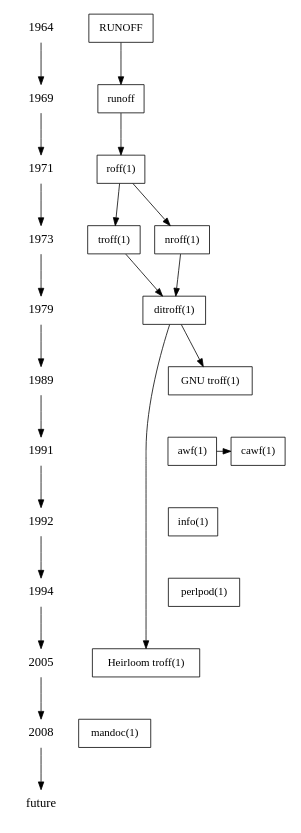
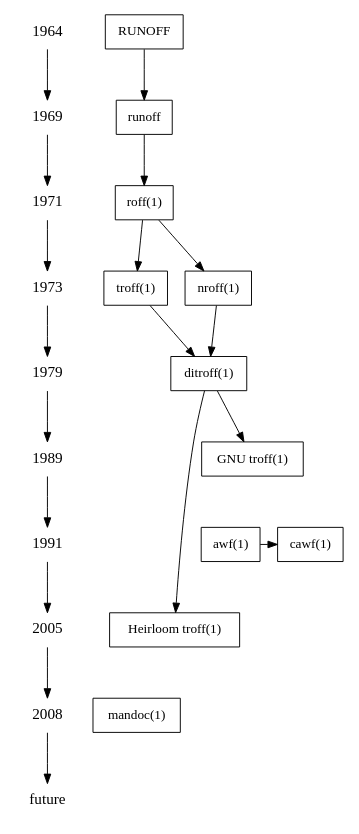
The diagram in apps.dot (kristapsdz/manpages), drawn with Graphviz before and after one commit. The commit also changed 1 other file, not shown here.

```diff
--- a/apps.dot
+++ b/apps.dot
@@ -1,64 +1,55 @@
 digraph manpages {
 	ranksep=.75; size = "7.5,7.5";
 
 	{
 		node [shape=plaintext, fontsize=16];
 		1964 -> 1969 -> 1971 -> 1973 -> 1979 -> 
-		1989 -> 1991 -> 1992 -> 1994 -> 2005 -> 
-		2008 -> "future";
+		1989 -> 1991 -> 2005 -> 2008 -> "future";
 	}
 
 	node [shape=box];
 
 	roff [label="roff(1)"];
 
 	/* Jerry Saltzer, MIT CTSS. */
 	runoff1 [label="RUNOFF" URL="http://mit.edu/saltzer/www/publications/ctss/"]; 
 
 	/* Doug McIlroy, Multics (language: BCPL). */
 	runoff2 [label="runoff"]; 
 
 	/* Kristaps Dzonsons (language: C). */
 	mandoc [label="mandoc(1)" URL="http://mdocml.bsd.lv"]; 
 
 	/* Re-licensing (for OpenSolaris) of Sun's troff (language: C), deriving from UNIX ditroff. */
 	htroff [label="Heirloom troff(1)" URL="http://heirloom.sourceforge.net/doctools.html"]; 
 
 	/* GNU re-write of UNIX ditroff, James Clarke (language: C++). */
 	groff [label="GNU troff(1)" URL="http://www.gnu.org/s/groff/"];
 
 	/* Harry Spender (language: awk). */
 	awf [label="awf(1)" URL="http://ftp.sunet.se/pub/usenet/ftp.uu.net/comp.sources.unix/volume24/"];
 
 	/* Vic Abell (language: C). */
 	cawf [label="cawf(1)" URL="http://www.tux.org/pub/sites/vic.cc.purdue.edu/"];
 
-	/* Larry Wall, Perl 5.0 (language: Perl). */
-	perlpod [label="perlpod(1)" URL="http://perldoc.perl.org/perlpod.html"];
-
-	/* Richard Stallman, GNU (language: C). */
-	info [label="info(1)" URL="http://www.gnu.org/s/texinfo/"];
-
 	/* Brian Kernighan, Version 7 AT&T UNIX (language: C). */
 	ditroff [label="ditroff(1)" URL="http://minnie.tuhs.org/cgi-bin/utree.pl?file=V7/usr/src/cmd/troff"];
 	
 	{ rank = same; 1964 runoff1; }
 	{ rank = same; 1969 runoff2; }
 	{ rank = same; 1971 roff };
 	{ rank = same; 1973; "troff(1)" "nroff(1)"; }
 	{ rank = same; 1979; ditroff; }
 	{ rank = same; 1989 groff; }
 	{ rank = same; 1991 awf cawf; }
-	{ rank = same; 1992 info; }
-	{ rank = same; 1994 perlpod; }
 	{ rank = same; 2005 htroff; }
 	{ rank = same; 2008 mandoc; }
 
 	runoff1 -> runoff2 -> roff;
 	roff -> "nroff(1)";
 	roff -> "troff(1)";
 	{ "nroff(1)" "troff(1)" } -> ditroff;
 	ditroff -> groff;
 	ditroff -> htroff;
 	awf -> cawf;
 }
```
